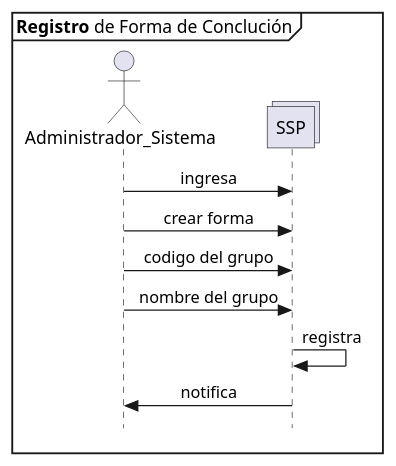
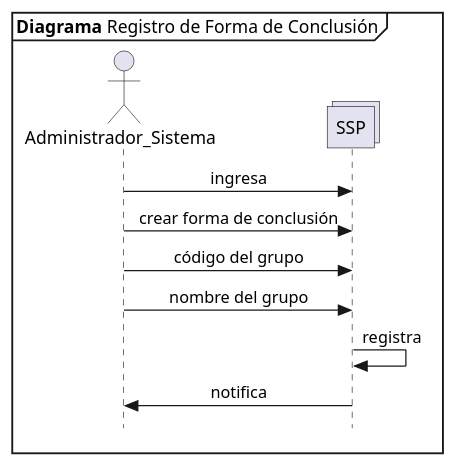
Before and after one commit to n1m0d0/defdiag: the diagram in propuesta SSP/20 registro forma de conclusion.plantuml, drawn with PlantUML. The commit also changed 7 other files, not shown here.

```diff
--- a/propuesta SSP/20 registro forma de conclusion.plantuml
+++ b/propuesta SSP/20 registro forma de conclusion.plantuml
@@ -1,17 +1,17 @@
 @startuml Registrar_Forma
 skinparam Style strictuml
 skinparam SequenceMessageAlignment center
 
-mainframe **Registro** de Forma de Conclución
+mainframe **Diagrama** Registro de Forma de Conclusión
 
 actor Administrador_Sistema as admin
 collections SSP 
 
 admin -> SSP : ingresa
-admin -> SSP : crear forma
-admin -> SSP : codigo del grupo
+admin -> SSP : crear forma de conclusión
+admin -> SSP : código del grupo
 admin -> SSP : nombre del grupo
 SSP -> SSP : registra
 SSP -> admin : notifica 
 
 @enduml
```
